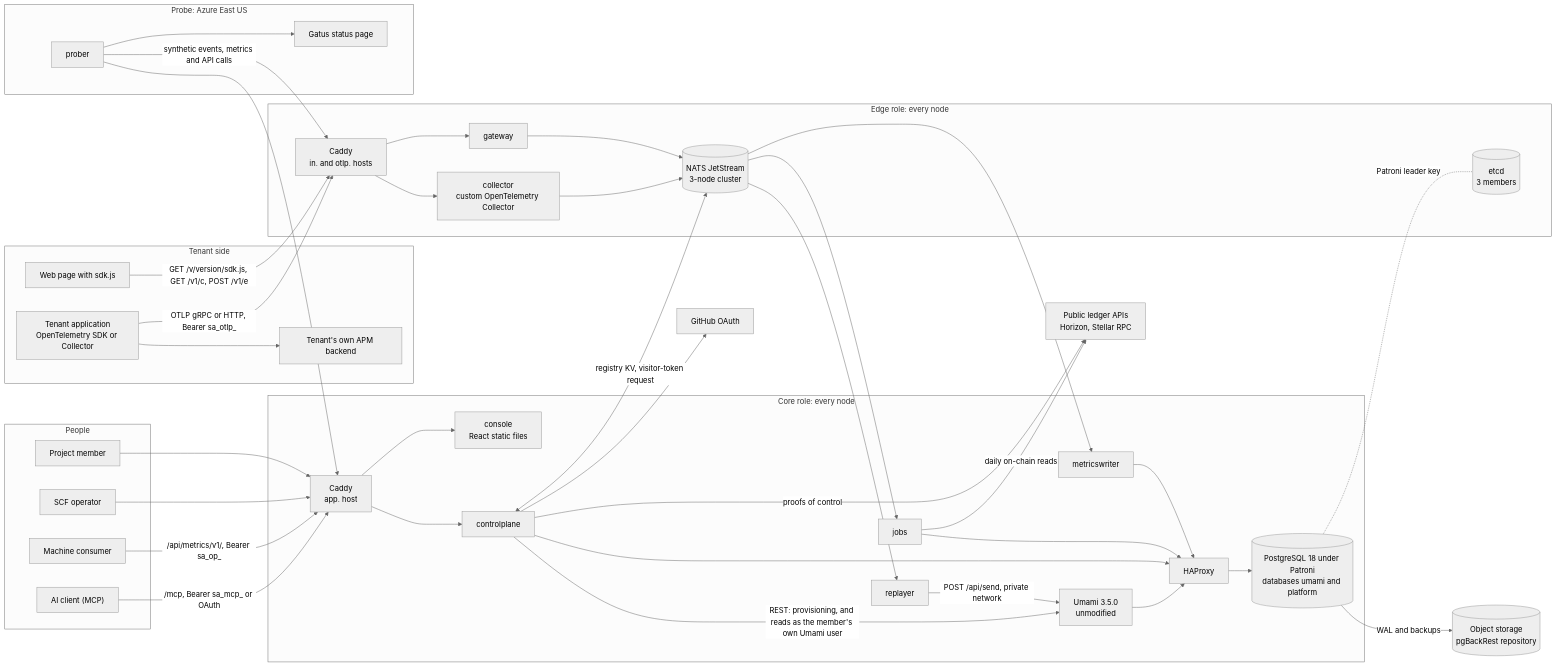
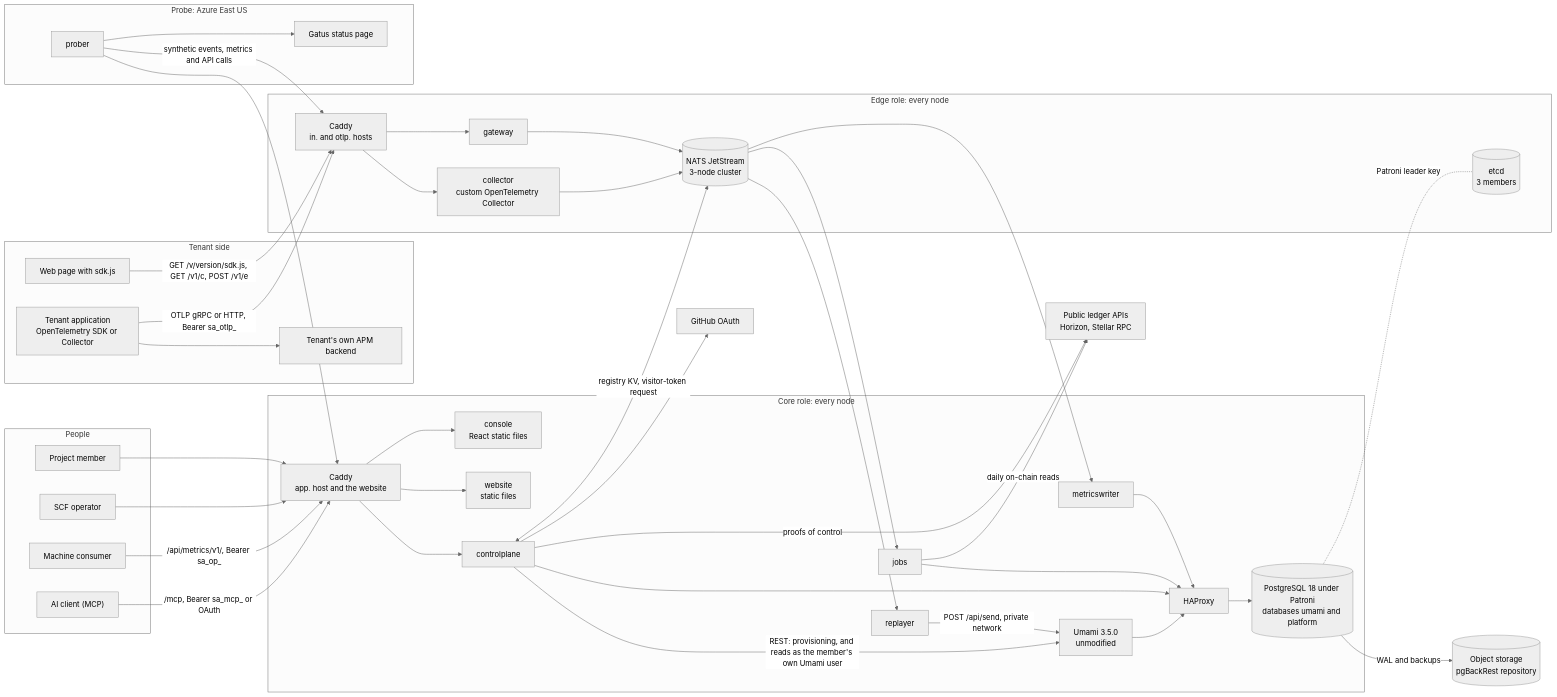
Before and after one commit to justmert/veristar: the first of 5 diagrams in docs/architecture.md, drawn with Mermaid (neutral theme). The commit also changed other lines of this file and 9 other files, not shown here.

````diff
--- a/docs/architecture.md
+++ b/docs/architecture.md
@@ -15,75 +15,77 @@
 ```mermaid
 flowchart LR
   subgraph tenant["Tenant side"]
     page["Web page with sdk.js"]
     app["Tenant application<br/>OpenTelemetry SDK or Collector"]
     apm["Tenant's own APM backend"]
   end
   subgraph users["People"]
     member["Project member"]
     op["SCF operator"]
     machine["Machine consumer"]
     ai["AI client (MCP)"]
   end
 
   subgraph edge["Edge role: every node"]
     ecaddy["Caddy<br/>in. and otlp. hosts"]
     gw["gateway"]
     col["collector<br/>custom OpenTelemetry Collector"]
     nats[("NATS JetStream<br/>3-node cluster")]
     etcd[("etcd<br/>3 members")]
   end
 
   subgraph core["Core role: every node"]
-    ccaddy["Caddy<br/>app. host"]
+    ccaddy["Caddy<br/>app. host and the website"]
     console["console<br/>React static files"]
+    site["website<br/>static files"]
     cp["controlplane"]
     umami["Umami 3.5.0<br/>unmodified"]
     rep["replayer"]
     mw["metricswriter"]
     jobs["jobs"]
     hap["HAProxy"]
     pg[("PostgreSQL 18 under Patroni<br/>databases umami and platform")]
   end
 
   backup[("Object storage<br/>pgBackRest repository")]
   subgraph probe["Probe: Azure East US"]
     prober["prober"]
     gatus["Gatus status page"]
   end
   github["GitHub OAuth"]
   ledger["Public ledger APIs<br/>Horizon, Stellar RPC"]
 
   page -- "GET /v/version/sdk.js, GET /v1/c, POST /v1/e" --> ecaddy
   app -- "OTLP gRPC or HTTP, Bearer sa_otlp_" --> ecaddy
   app --> apm
   ecaddy --> gw
   ecaddy --> col
   gw --> nats
   col --> nats
   nats --> rep
   nats --> mw
   nats --> jobs
   rep -- "POST /api/send, private network" --> umami
   mw --> hap
   jobs --> hap
   cp --> hap
   umami --> hap
   hap --> pg
   pg -. "Patroni leader key" .- etcd
   pg -- "WAL and backups" --> backup
   member --> ccaddy
   op --> ccaddy
   machine -- "/api/metrics/v1/, Bearer sa_op_" --> ccaddy
   ai -- "/mcp, Bearer sa_mcp_ or OAuth" --> ccaddy
   ccaddy --> console
+  ccaddy --> site
   ccaddy --> cp
   cp -- "REST: provisioning, and reads as the member's own Umami user" --> umami
   cp <-- "registry KV, visitor-token request" --> nats
   cp --> github
   cp -- "proofs of control" --> ledger
   jobs -- "daily on-chain reads" --> ledger
   prober -- "synthetic events, metrics and API calls" --> ecaddy
   prober --> ccaddy
   prober --> gatus
 ```
````
